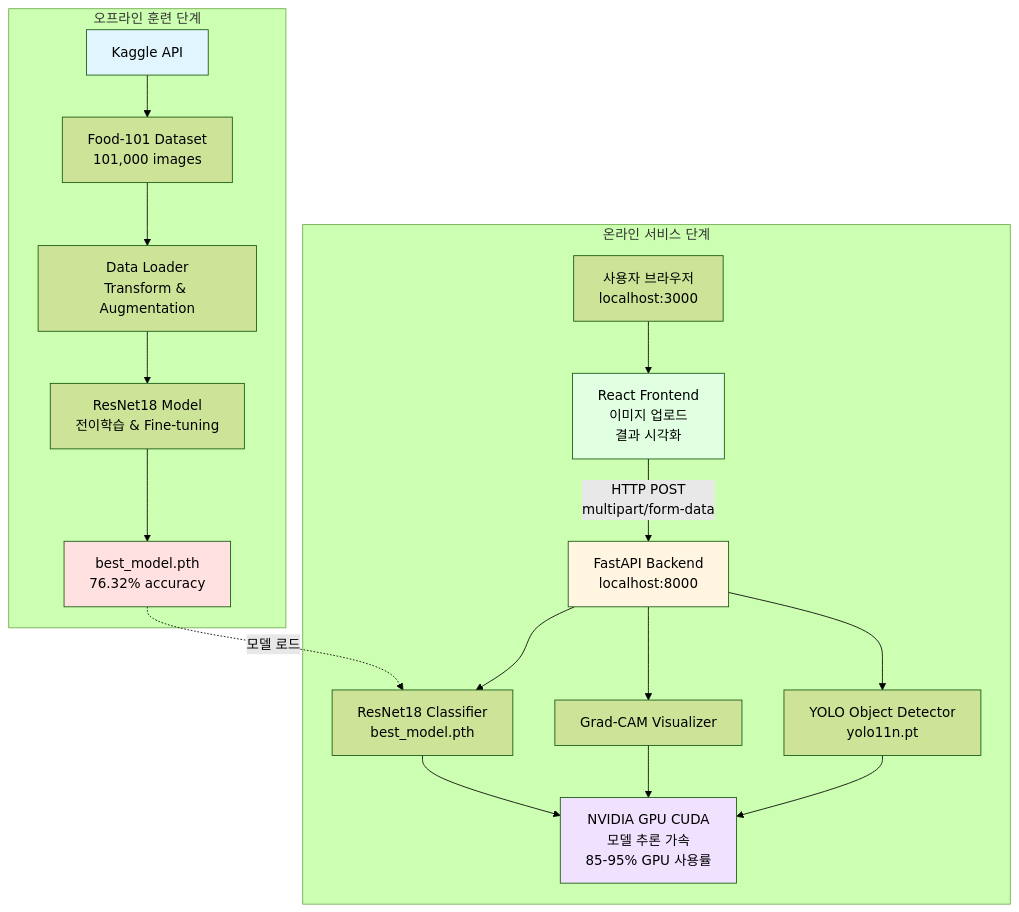
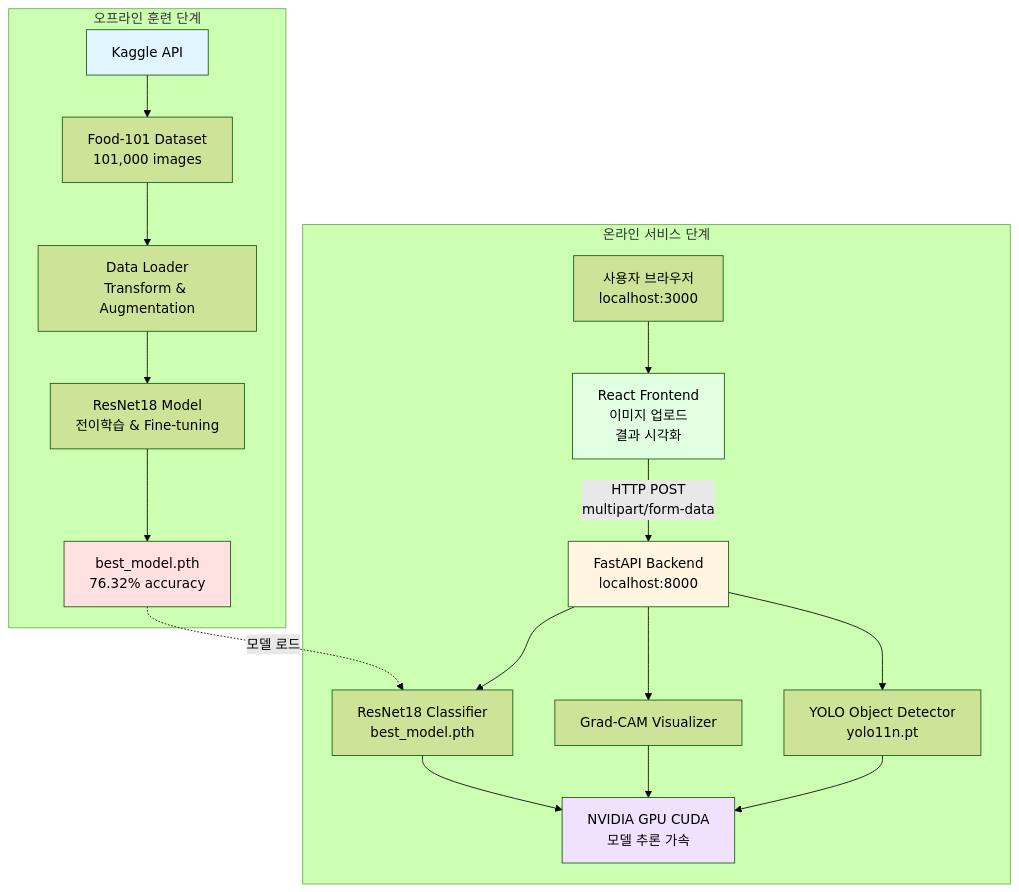
One commit to 15tkdgns/cnn changed the first of 11 diagrams in diagrams/PROJECT_FLOW_MERMAID.md. Above: the diagram before and after it, drawn with Mermaid (forest theme). The commit also changed other lines of this file, not shown here.

First line of the commit message:
Refactor: Mermaid 다이어그램 검증 및 가독성 개선

````diff
--- a/diagrams/PROJECT_FLOW_MERMAID.md
+++ b/diagrams/PROJECT_FLOW_MERMAID.md
@@ -19,30 +19,30 @@
 ```mermaid
 graph TB
     subgraph "오프라인 훈련 단계"
         A[Kaggle API] --> B[Food-101 Dataset<br/>101,000 images]
         B --> C[Data Loader<br/>Transform & Augmentation]
         C --> D[ResNet18 Model<br/>전이학습 & Fine-tuning]
         D --> E[best_model.pth<br/>76.32% accuracy]
     end
 
     subgraph "온라인 서비스 단계"
         F[사용자 브라우저<br/>localhost:3000] --> G[React Frontend<br/>이미지 업로드<br/>결과 시각화]
         G -->|HTTP POST<br/>multipart/form-data| H[FastAPI Backend<br/>localhost:8000]
 
         E -.->|모델 로드| I[ResNet18 Classifier<br/>best_model.pth]
 
         H --> I
         H --> J[Grad-CAM Visualizer]
         H --> K[YOLO Object Detector<br/>yolo11n.pt]
 
-        I --> L[NVIDIA GPU CUDA<br/>모델 추론 가속<br/>85-95% GPU 사용률]
+        I --> L[NVIDIA GPU CUDA<br/>모델 추론 가속]
         J --> L
         K --> L
     end
 
     style A fill:#e1f5ff
     style E fill:#ffe1e1
     style G fill:#e1ffe1
     style H fill:#fff5e1
     style L fill:#f0e1ff
 ```
````
